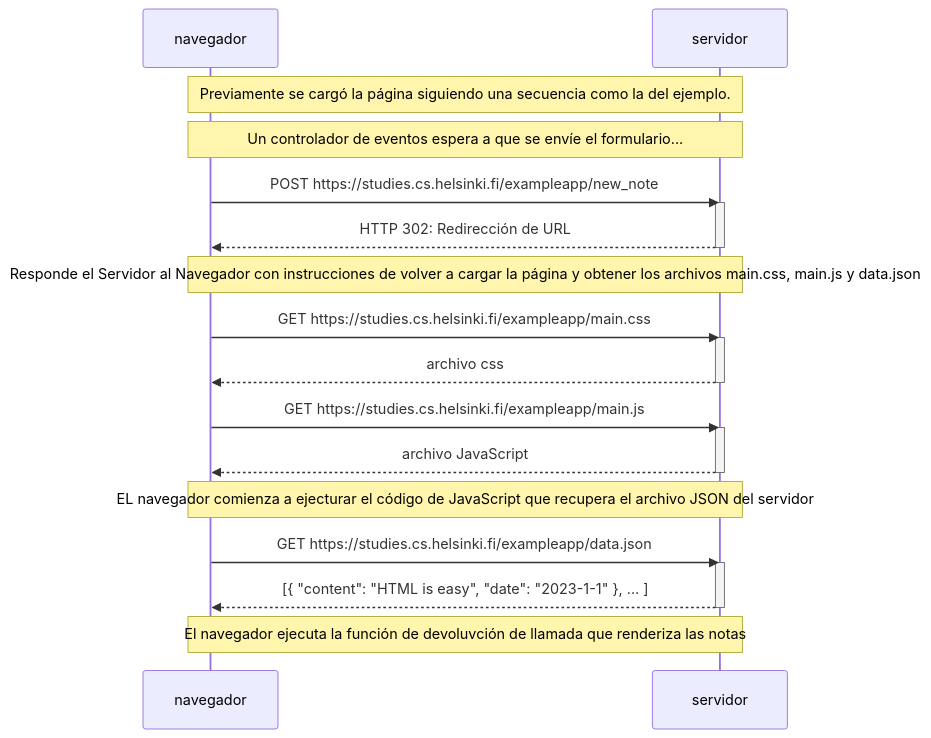
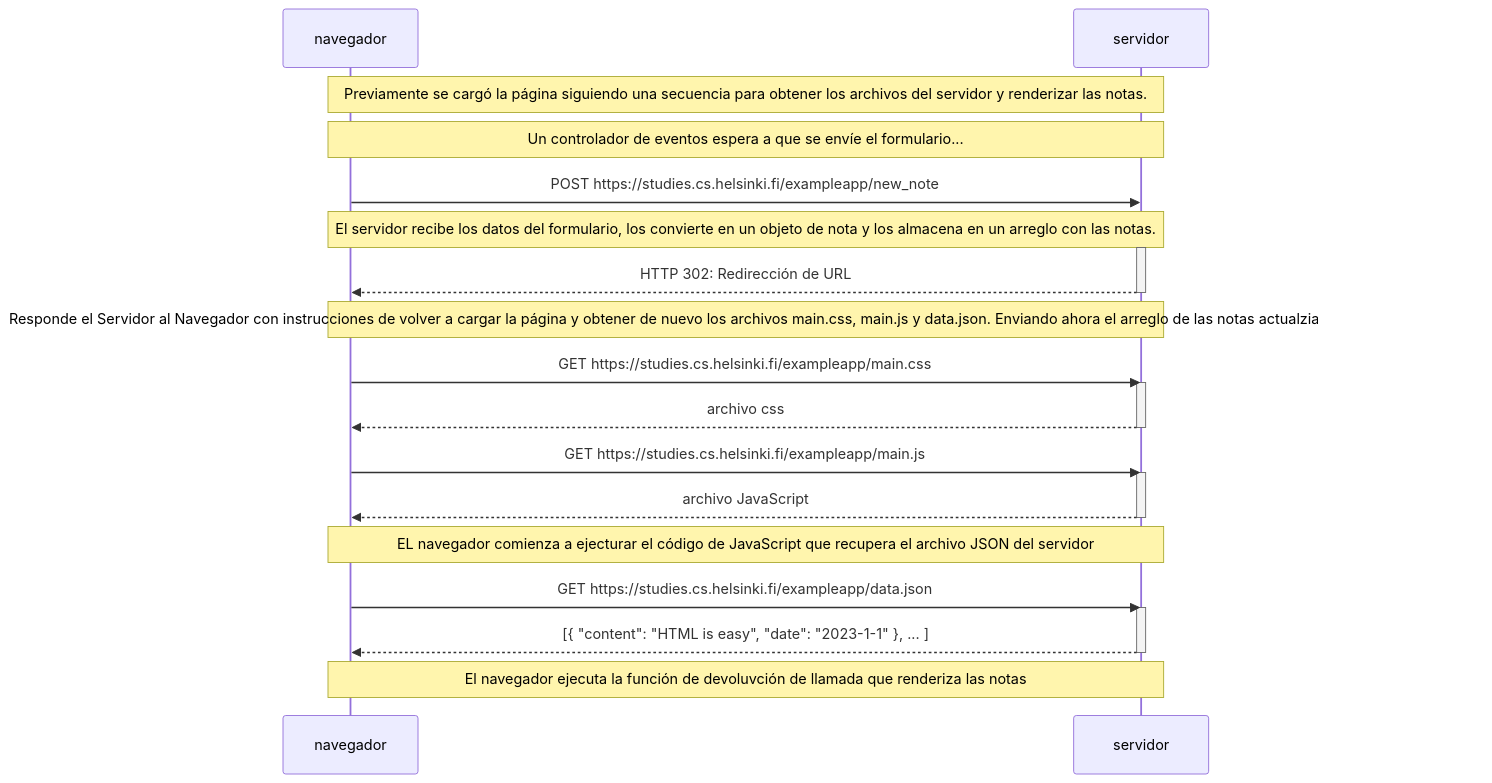
Before and after one commit to CuteLoop/fullstack-open: the diagram in parte-0/ejercicio-0.4.mmd, drawn with Mermaid.

```diff
--- a/parte-0/ejercicio-0.4.mmd
+++ b/parte-0/ejercicio-0.4.mmd
@@ -1,33 +1,34 @@
 sequenceDiagram
     participant navegador
     participant servidor
 
-    Note over navegador,servidor: Previamente se cargó la página siguiendo una secuencia como la del ejemplo.
+    Note over navegador,servidor: Previamente se cargó la página siguiendo una secuencia para obtener los archivos del servidor y renderizar las notas.
     Note over navegador,servidor: Un controlador de eventos espera a que se envíe el formulario...
 
     navegador->>servidor: POST https://studies.cs.helsinki.fi/exampleapp/new_note
+    Note over navegador,servidor: El servidor recibe los datos del formulario, los convierte en un objeto de nota y los almacena en un arreglo con las notas.
     
     activate servidor
     servidor-->>navegador: HTTP 302: Redirección de URL
     deactivate servidor
 
-   Note over navegador,servidor: Responde el Servidor al Navegador con instrucciones de volver a cargar la página y obtener los archivos main.css, main.js y data.json
+   Note over navegador,servidor: Responde el Servidor al Navegador con instrucciones de volver a cargar la página y obtener de nuevo los archivos main.css, main.js y data.json. Enviando ahora el arreglo de las notas actualziado a través de data.json
 
     navegador->>servidor: GET https://studies.cs.helsinki.fi/exampleapp/main.css
     activate servidor
     servidor-->>navegador: archivo css
     deactivate servidor
 
     navegador->>servidor: GET https://studies.cs.helsinki.fi/exampleapp/main.js
     activate servidor
     servidor-->>navegador: archivo JavaScript
     deactivate servidor
 
     Note over navegador,servidor: EL navegador comienza a ejecturar el código de JavaScript que recupera el archivo JSON del servidor
 
     navegador->>servidor: GET https://studies.cs.helsinki.fi/exampleapp/data.json
     activate servidor
     servidor-->>navegador: [{ "content": "HTML is easy", "date": "2023-1-1" }, ... ]
     deactivate servidor
 
    Note over navegador,servidor: El navegador ejecuta la función de devoluvción de llamada que renderiza las notas
```
